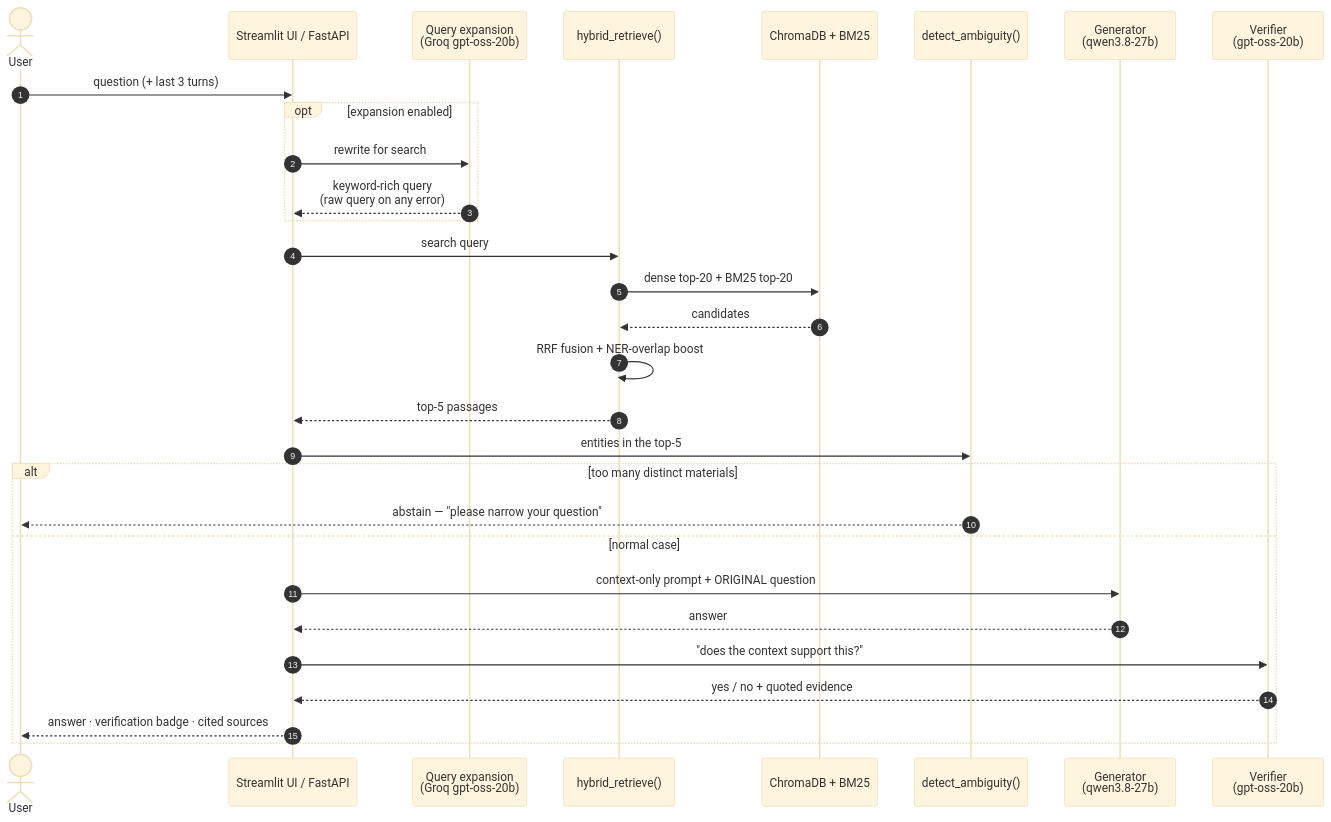
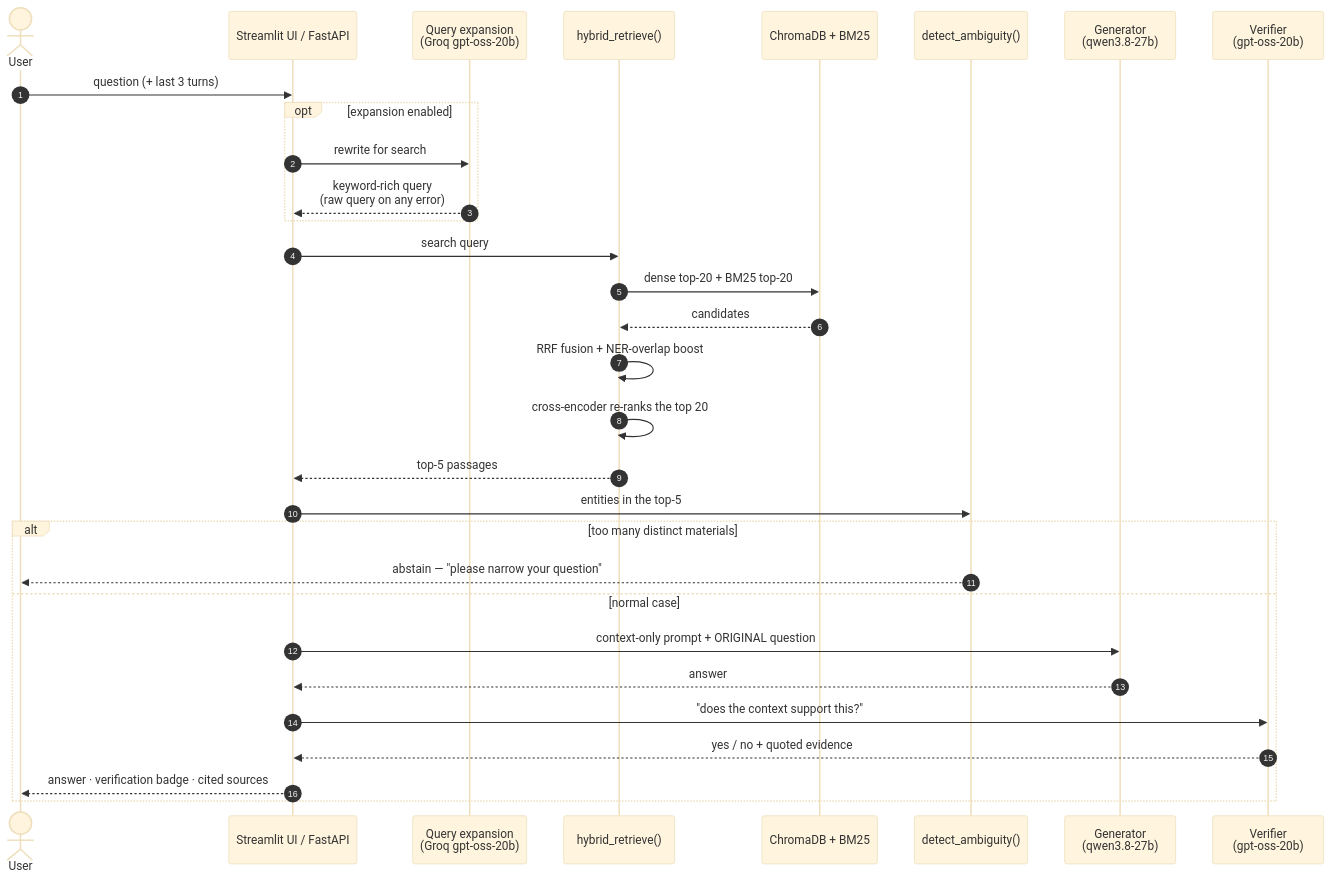
One commit to Mahakisore7/MatSci-RAG changed the third of 6 diagrams in README.md. Above: the diagram before and after it, drawn with Mermaid (base theme). The commit also changed other lines of this file and 15 other files, not shown here.

First line of the commit message:
feat(rag): cross-encoder re-ranking after hybrid retrieval (ADR-019)

````diff
--- a/README.md
+++ b/README.md
@@ -180,33 +180,34 @@
 ```mermaid
 sequenceDiagram
     autonumber
     actor U as User
     participant I as Streamlit UI / FastAPI
     participant X as Query expansion<br/>(Groq gpt-oss-20b)
     participant R as hybrid_retrieve()
     participant K as ChromaDB + BM25
     participant A as detect_ambiguity()
     participant G as Generator<br/>(qwen3.8-27b)
     participant V as Verifier<br/>(gpt-oss-20b)
 
     U->>I: question (+ last 3 turns)
     opt expansion enabled
         I->>X: rewrite for search
         X-->>I: keyword-rich query<br/>(raw query on any error)
     end
     I->>R: search query
     R->>K: dense top-20 + BM25 top-20
     K-->>R: candidates
     R->>R: RRF fusion + NER-overlap boost
+    R->>R: cross-encoder re-ranks the top 20
     R-->>I: top-5 passages
     I->>A: entities in the top-5
     alt too many distinct materials
         A-->>U: abstain — "please narrow your question"
     else normal case
         I->>G: context-only prompt + ORIGINAL question
         G-->>I: answer
         I->>V: "does the context support this?"
         V-->>I: yes / no + quoted evidence
         I-->>U: answer · verification badge · cited sources
     end
 ```
````
